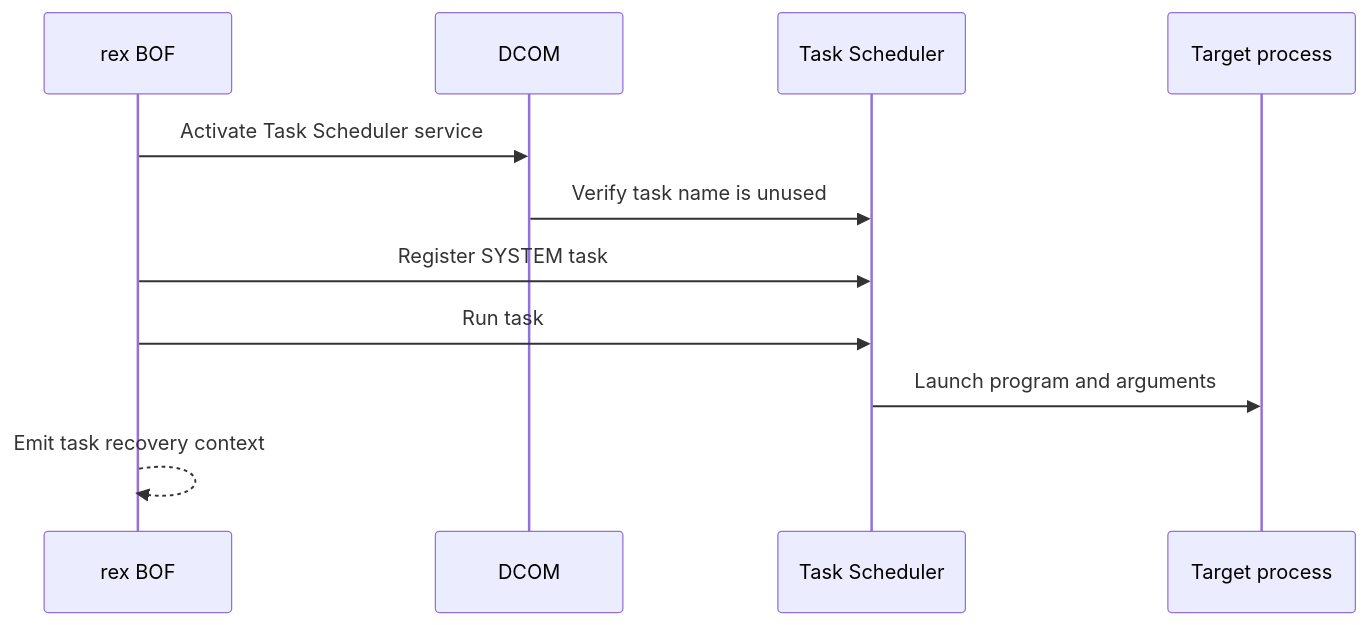
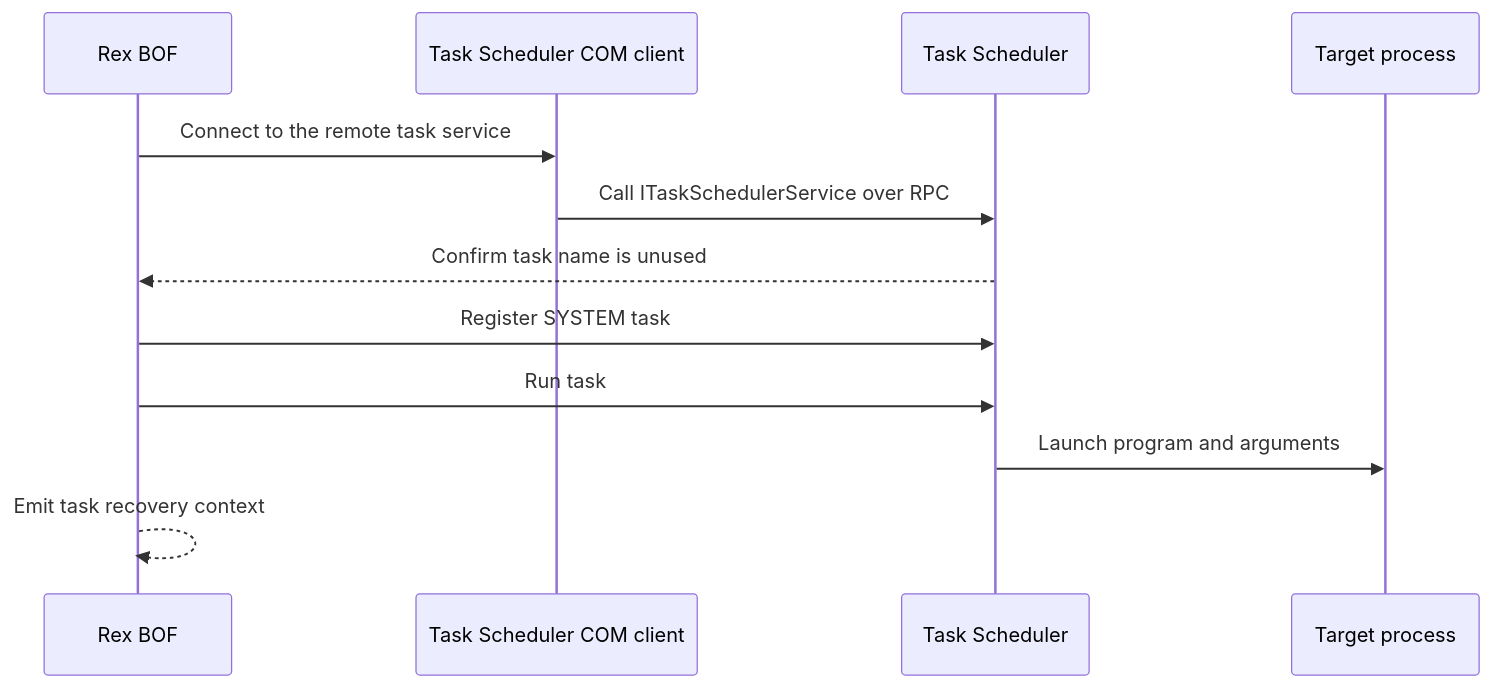
Before and after one commit to rubyattack3r/Rex-BOF: the diagram in docs/techniques/taskschedexec.md, drawn with Mermaid. The commit also changed other lines of this file and 75 other files, not shown here.

````diff
--- a/docs/techniques/taskschedexec.md
+++ b/docs/techniques/taskschedexec.md
@@ -7,13 +10,14 @@
 ```mermaid
 sequenceDiagram
-    participant B as rex BOF
-    participant D as DCOM
+    participant B as Rex BOF
+    participant D as Task Scheduler COM client
     participant T as Task Scheduler
     participant P as Target process
-    B->>D: Activate Task Scheduler service
-    D->>T: Verify task name is unused
+    B->>D: Connect to the remote task service
+    D->>T: Call ITaskSchedulerService over RPC
+    T-->>B: Confirm task name is unused
     B->>T: Register SYSTEM task
     B->>T: Run task
     T->>P: Launch program and arguments
     B-->>B: Emit task recovery context
 ```
````
